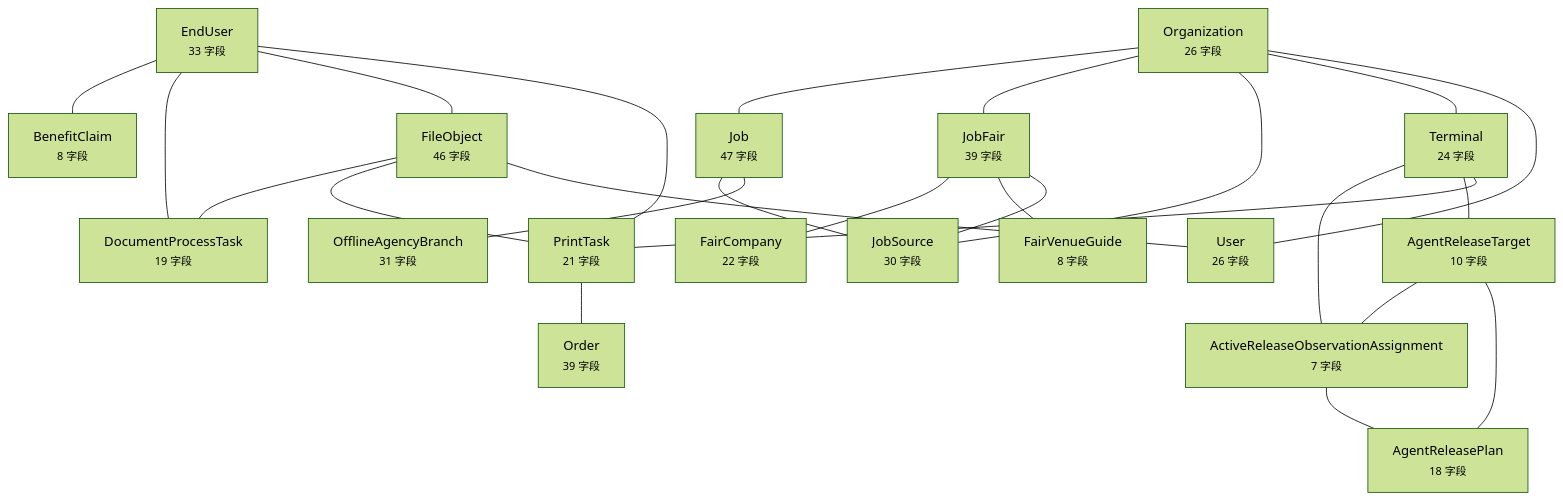
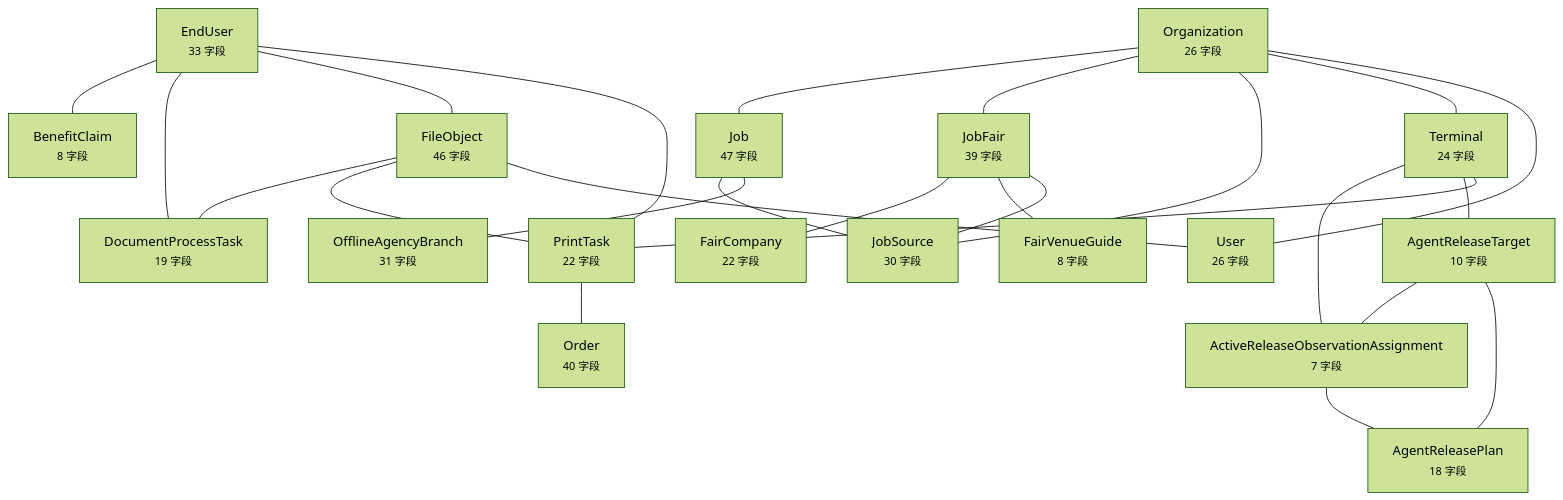
Before and after one commit to wanglei581/YITIJI: the diagram in docs/graph/data-model.md, drawn with Mermaid (forest theme). The commit also changed other lines of this file and 24 other files, not shown here.

````diff
--- a/docs/graph/data-model.md
+++ b/docs/graph/data-model.md
@@ -10,45 +10,45 @@
 ```mermaid
 flowchart TD
   EndUser["EndUser<br/><small>33 字段</small>"]
   Organization["Organization<br/><small>26 字段</small>"]
   Terminal["Terminal<br/><small>24 字段</small>"]
   FileObject["FileObject<br/><small>46 字段</small>"]
   Job["Job<br/><small>47 字段</small>"]
   JobFair["JobFair<br/><small>39 字段</small>"]
   JobSource["JobSource<br/><small>30 字段</small>"]
   User["User<br/><small>26 字段</small>"]
-  PrintTask["PrintTask<br/><small>21 字段</small>"]
+  PrintTask["PrintTask<br/><small>22 字段</small>"]
   AgentReleaseTarget["AgentReleaseTarget<br/><small>10 字段</small>"]
+  Order["Order<br/><small>40 字段</small>"]
   ActiveReleaseObservationAssignment["ActiveReleaseObservationAssignment<br/><small>7 字段</small>"]
   AgentReleasePlan["AgentReleasePlan<br/><small>18 字段</small>"]
   BenefitClaim["BenefitClaim<br/><small>8 字段</small>"]
   DocumentProcessTask["DocumentProcessTask<br/><small>19 字段</small>"]
   FairCompany["FairCompany<br/><small>22 字段</small>"]
   FairVenueGuide["FairVenueGuide<br/><small>8 字段</small>"]
   OfflineAgencyBranch["OfflineAgencyBranch<br/><small>31 字段</small>"]
-  Order["Order<br/><small>39 字段</small>"]
   EndUser --- BenefitClaim
   EndUser --- DocumentProcessTask
   EndUser --- FileObject
   EndUser --- PrintTask
   Organization --- Job
   Organization --- JobFair
   Organization --- JobSource
   Organization --- Terminal
   Organization --- User
   Terminal --- ActiveReleaseObservationAssignment
   Terminal --- AgentReleaseTarget
   Terminal --- PrintTask
   FileObject --- DocumentProcessTask
   FileObject --- PrintTask
   FileObject --- User
   Job --- JobSource
   Job --- OfflineAgencyBranch
   JobFair --- FairCompany
   JobFair --- FairVenueGuide
   JobFair --- JobSource
   PrintTask --- Order
   AgentReleaseTarget --- ActiveReleaseObservationAssignment
   AgentReleaseTarget --- AgentReleasePlan
   ActiveReleaseObservationAssignment --- AgentReleasePlan
 ```
````
